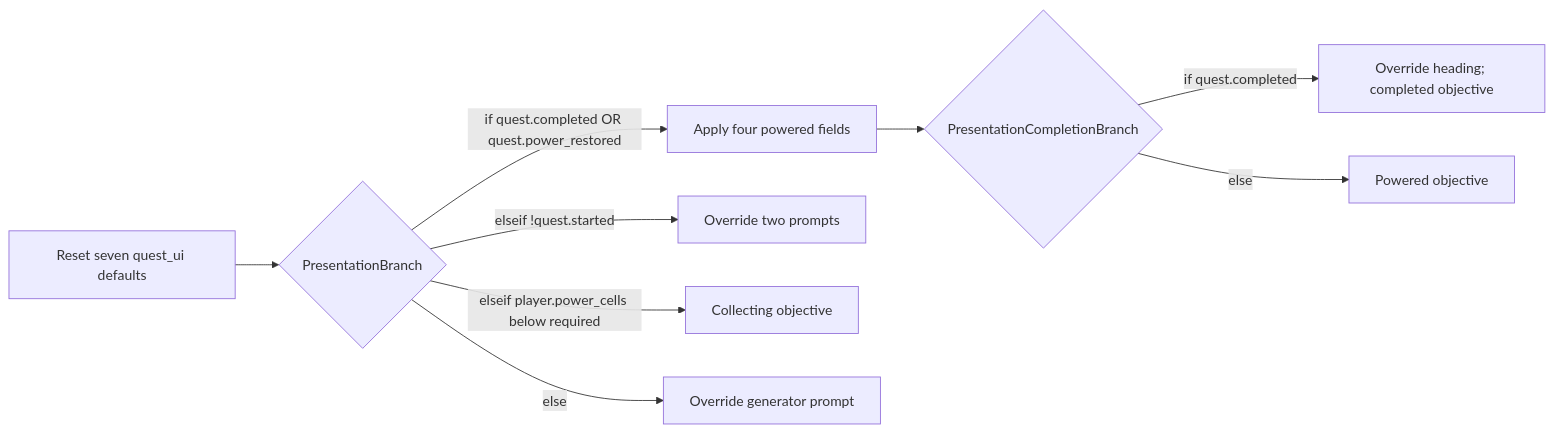
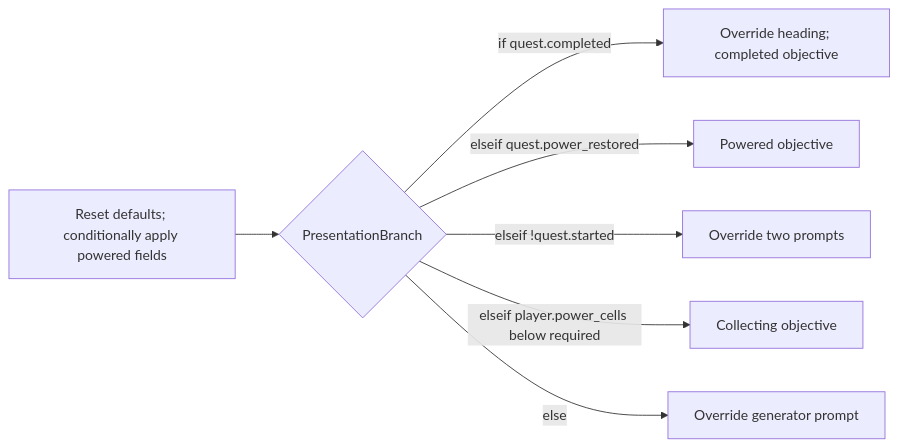
Before and after one commit to arcweave/arcweave-unreal-quest-example: the third of 3 diagrams in docs/narrative.md, drawn with Mermaid. The commit also changed other lines of this file and 12 other files, not shown here.

Commit message:
refactor: simplify shared quest graph and objective jumps

````diff
--- a/docs/narrative.md
+++ b/docs/narrative.md
@@ -169,11 +172,9 @@
 ```mermaid
 flowchart LR
-    Entry[Reset seven quest_ui defaults] --> Main{PresentationBranch}
-    Main -->|if quest.completed OR quest.power_restored| Setup[Apply four powered fields]
+    Entry[Reset defaults; conditionally apply powered fields] --> Main{PresentationBranch}
+    Main -->|if quest.completed| Completed[Override heading; completed objective]
+    Main -->|elseif quest.power_restored| Powered[Powered objective]
     Main -->|elseif !quest.started| Unaccepted[Override two prompts]
     Main -->|elseif player.power_cells below required| Collecting[Collecting objective]
     Main -->|else| Ready[Override generator prompt]
-    Setup --> Completion{PresentationCompletionBranch}
-    Completion -->|if quest.completed| Completed[Override heading; completed objective]
-    Completion -->|else| Powered[Powered objective]
 ```
````
